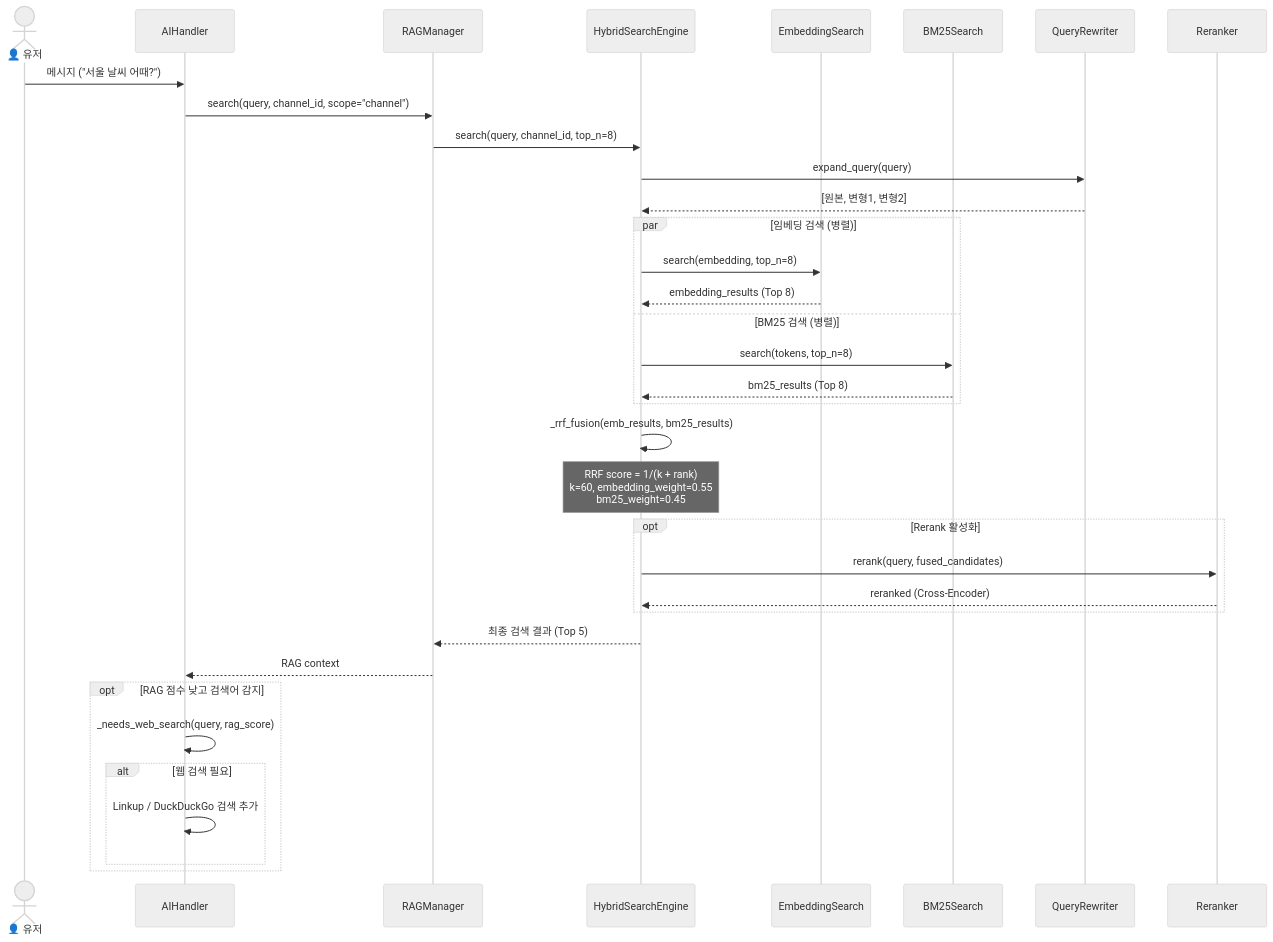
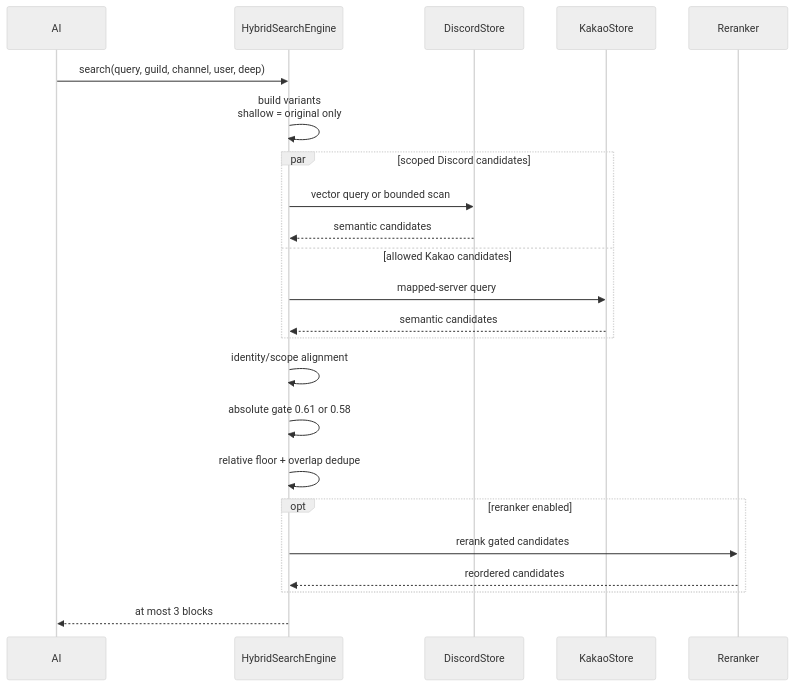
One commit to kim0040/masamong changed the fourth of 11 diagrams in docs/UML_SPEC.ko.md. Above: the diagram before and after it, drawn with Mermaid (neutral theme). The commit also changed other lines of this file and 47 other files, not shown here.

````diff
--- a/docs/UML_SPEC.ko.md
+++ b/docs/UML_SPEC.ko.md
@@ -530,44 +172,26 @@
 ```mermaid
 sequenceDiagram
-    actor User as 👤 유저
-    participant AI as AIHandler
-    participant RAG as RAGManager
-    participant Hybrid as HybridSearchEngine
-    participant Emb as EmbeddingSearch
-    participant BM25 as BM25Search
-    participant Rewriter as QueryRewriter
-    participant Reranker as Reranker
+    participant AI
+    participant Search as HybridSearchEngine
+    participant DiscordStore
+    participant KakaoStore
+    participant Reranker
 
-    User->>AI: 메시지 ("서울 날씨 어때?")
-    AI->>RAG: search(query, channel_id, scope="channel")
-    RAG->>Hybrid: search(query, channel_id, top_n=8)
-    
-    Hybrid->>Rewriter: expand_query(query)
-    Rewriter-->>Hybrid: [원본, 변형1, 변형2]
-
-    par 임베딩 검색 (병렬)
-        Hybrid->>Emb: search(embedding, top_n=8)
-        Emb-->>Hybrid: embedding_results (Top 8)
-    and BM25 검색 (병렬)
-        Hybrid->>BM25: search(tokens, top_n=8)
-        BM25-->>Hybrid: bm25_results (Top 8)
+    AI->>Search: search(query, guild, channel, user, deep)
+    Search->>Search: build variants<br/>shallow = original only
+    par scoped Discord candidates
+        Search->>DiscordStore: vector query or bounded scan
+        DiscordStore-->>Search: semantic candidates
+    and allowed Kakao candidates
+        Search->>KakaoStore: mapped-server query
+        KakaoStore-->>Search: semantic candidates
     end
-
-    Hybrid->>Hybrid: _rrf_fusion(emb_results, bm25_results)
-    Note over Hybrid: RRF score = 1/(k + rank)<br/>k=60, embedding_weight=0.55<br/>bm25_weight=0.45
-
-    opt Rerank 활성화
-        Hybrid->>Reranker: rerank(query, fused_candidates)
-        Reranker-->>Hybrid: reranked (Cross-Encoder)
+    Search->>Search: identity/scope alignment
+    Search->>Search: absolute gate 0.61 or 0.58
+    Search->>Search: relative floor + overlap dedupe
+    opt reranker enabled
+        Search->>Reranker: rerank gated candidates
+        Reranker-->>Search: reordered candidates
     end
-
-    Hybrid-->>RAG: 최종 검색 결과 (Top 5)
-    RAG-->>AI: RAG context
-
-    opt RAG 점수 낮고 검색어 감지
-        AI->>AI: _needs_web_search(query, rag_score)
-        alt 웹 검색 필요
-            AI->>AI: Linkup / DuckDuckGo 검색 추가
-        end
-    end
+    Search-->>AI: at most 3 blocks
 ```
````
